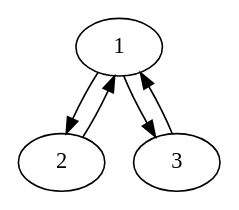
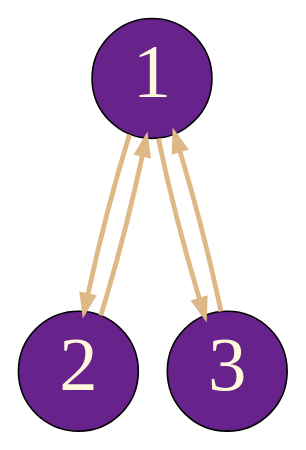
The diagram in Test_samples/Xml_to_Graph/output1.dot (SaraHanyAbdelhady/Data-Structures), drawn with Graphviz before and after one commit. The commit also changed 25 other files, not shown here.

```diff
--- a/Test_samples/Xml_to_Graph/output1.dot
+++ b/Test_samples/Xml_to_Graph/output1.dot
@@ -1,6 +1,12 @@
 digraph G {
+    graph[fontsize = 24]
+    edge[fontsize = 20 color = burlywood]
+    node[margin=0 fontcolor=cornsilk fontsize=48 width=0.5 shape=circle style=filled fillcolor = darkorchid4]
+    ranksep = 1.5
+    nodesep = .25
+    edge[style = "setlinewidth(3)"]
     1 -> 2;
     1 -> 3;
     2 -> 1;
     3 -> 1;
 }
```
